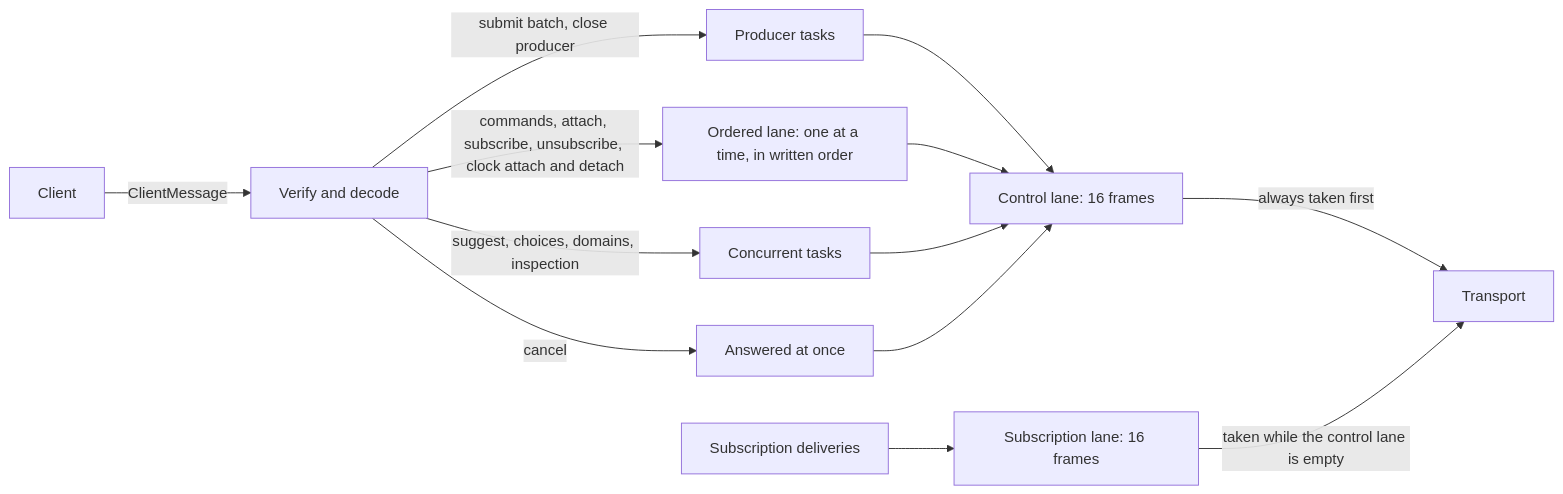
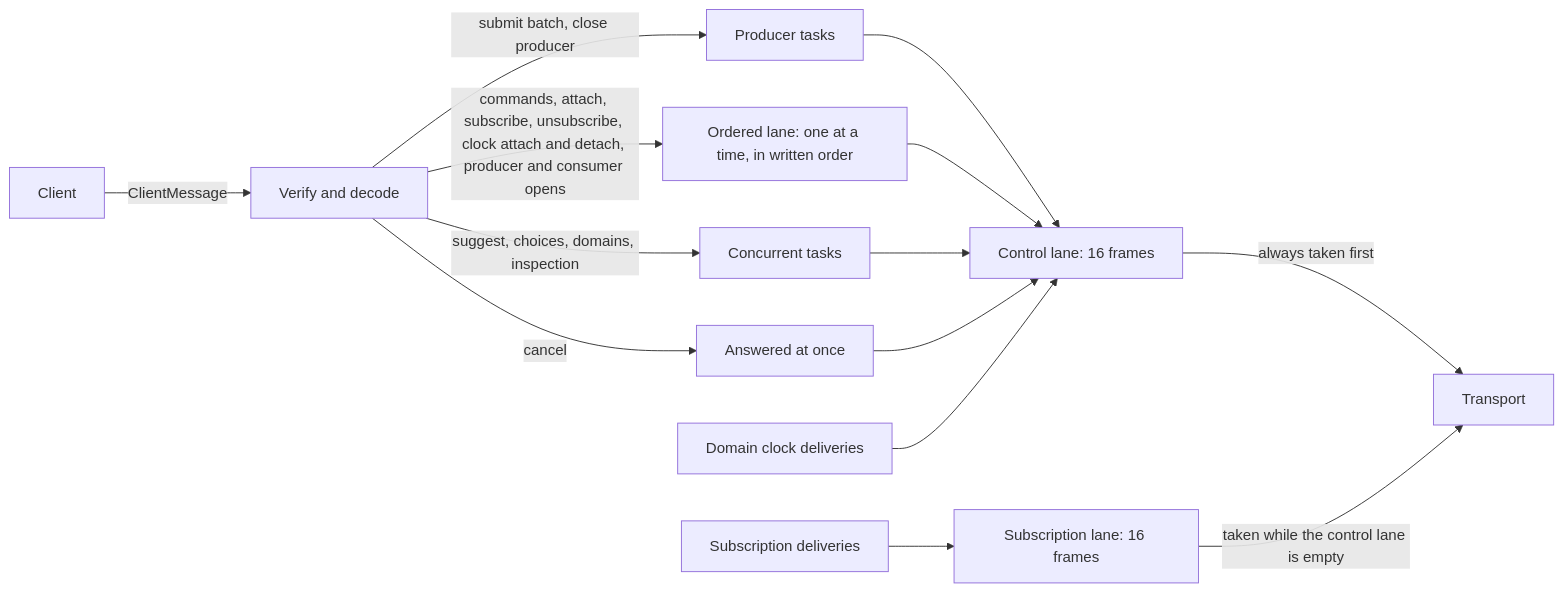
One commit to nervix-io/nervix changed the first of 7 diagrams in docs/src/client-session-protocol.md. Above: the diagram before and after it, drawn with Mermaid. The commit also changed other lines of this file and 19 other files, not shown here.

````diff
--- a/docs/src/client-session-protocol.md
+++ b/docs/src/client-session-protocol.md
@@ -402,15 +402,16 @@
 ```mermaid
 flowchart LR
     Client -- ClientMessage --> Decode[Verify and decode]
-    Decode -- commands, attach, subscribe, unsubscribe, clock attach and detach --> Ordered[Ordered lane: one at a time, in written order]
+    Decode -- commands, attach, subscribe, unsubscribe, clock attach and detach, producer and consumer opens --> Ordered[Ordered lane: one at a time, in written order]
     Decode -- suggest, choices, domains, inspection --> Concurrent[Concurrent tasks]
     Decode -- cancel --> Cancel[Answered at once]
     Decode -- submit batch, close producer --> Pumps[Producer tasks]
     Pumps --> Control
     Ordered --> Control[Control lane: 16 frames]
     Concurrent --> Control
     Cancel --> Control
+    Clocks[Domain clock deliveries] --> Control
     Deliveries[Subscription deliveries] --> Rows[Subscription lane: 16 frames]
     Control -- always taken first --> Transport
     Rows -- taken while the control lane is empty --> Transport
 ```
````
